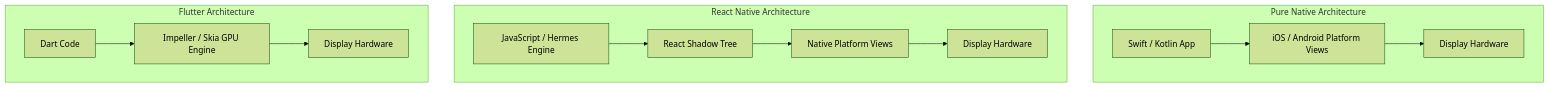
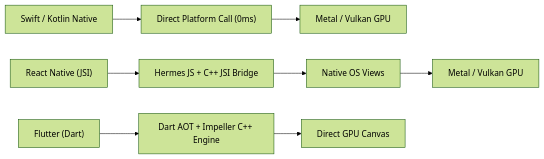
The diagram in src/content/articles/native-vs-hybrid-mobile-frameworks.mdx (AndreaPallotta/subroutine), drawn with Mermaid (forest theme) before and after one commit. The commit also changed other lines of this file, not shown here.

Commit message:
style: clean up Mermaid architecture diagram and match standard code blocks formatting

````diff
--- a/src/content/articles/native-vs-hybrid-mobile-frameworks.mdx
+++ b/src/content/articles/native-vs-hybrid-mobile-frameworks.mdx
@@ -42,18 +42,6 @@
 ```mermaid
-graph TD
-    subgraph Pure Native Architecture
-    SW["Swift / Kotlin App"] --> OS1["iOS / Android Platform Views"]
-    OS1 --> SCREEN1["Display Hardware"]
-    end
-
-    subgraph React Native Architecture
-    JS["JavaScript / Hermes Engine"] --> SHADOW["React Shadow Tree"]
-    SHADOW --> OS2["Native Platform Views"]
-    OS2 --> SCREEN2["Display Hardware"]
-    end
-
-    subgraph Flutter Architecture
-    DART["Dart Code"] --> IMP["Impeller / Skia GPU Engine"]
-    IMP --> SCREEN3["Display Hardware"]
-    end
+graph LR
+    Native["Swift / Kotlin Native"] --> Direct["Direct Platform Call (0ms)"] --> GPU1["Metal / Vulkan GPU"]
+    RN["React Native (JSI)"] --> JSI["Hermes JS + C++ JSI Bridge"] --> NativeUI["Native OS Views"] --> GPU2["Metal / Vulkan GPU"]
+    Flutter["Flutter (Dart)"] --> Engine["Dart AOT + Impeller C++ Engine"] --> GPU3["Direct GPU Canvas"]
 ```
````
